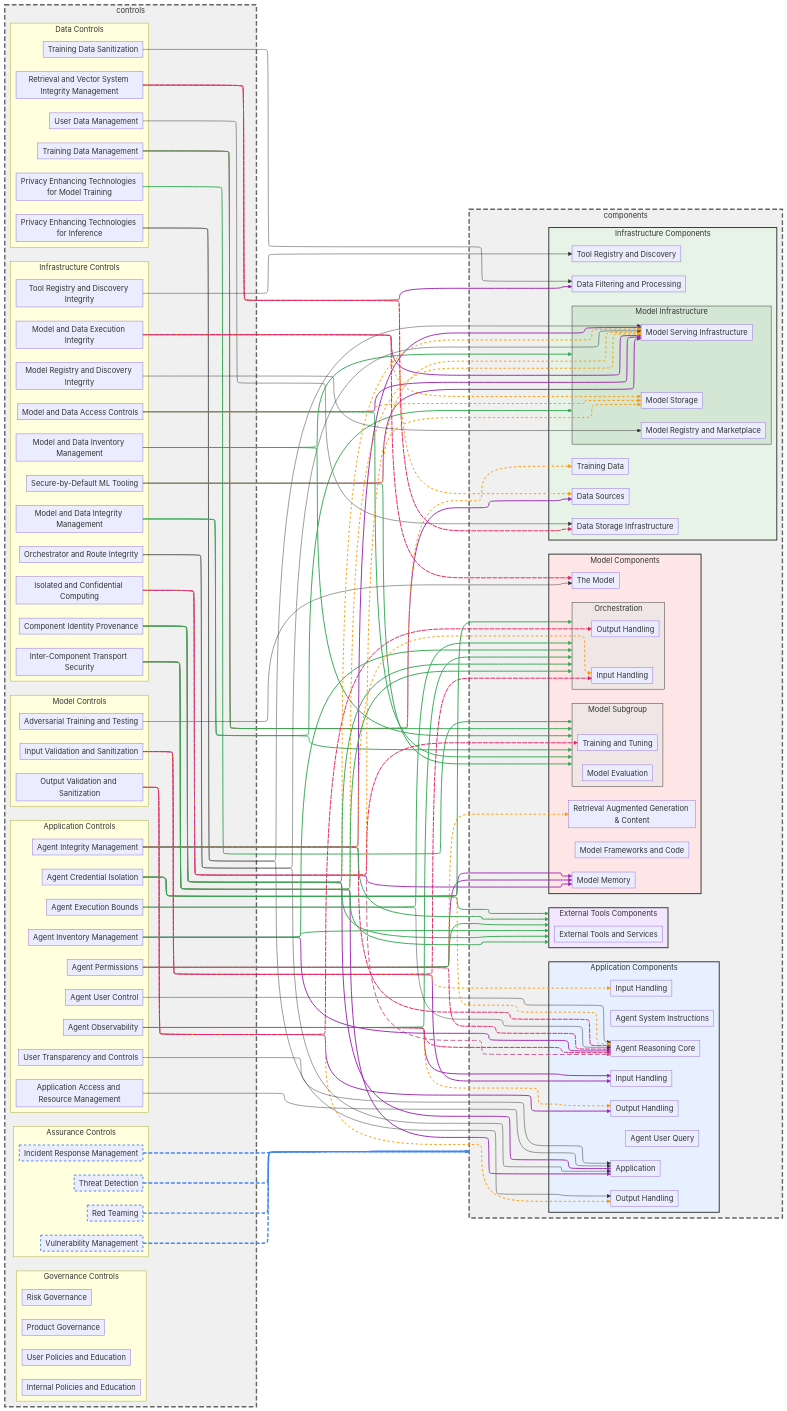
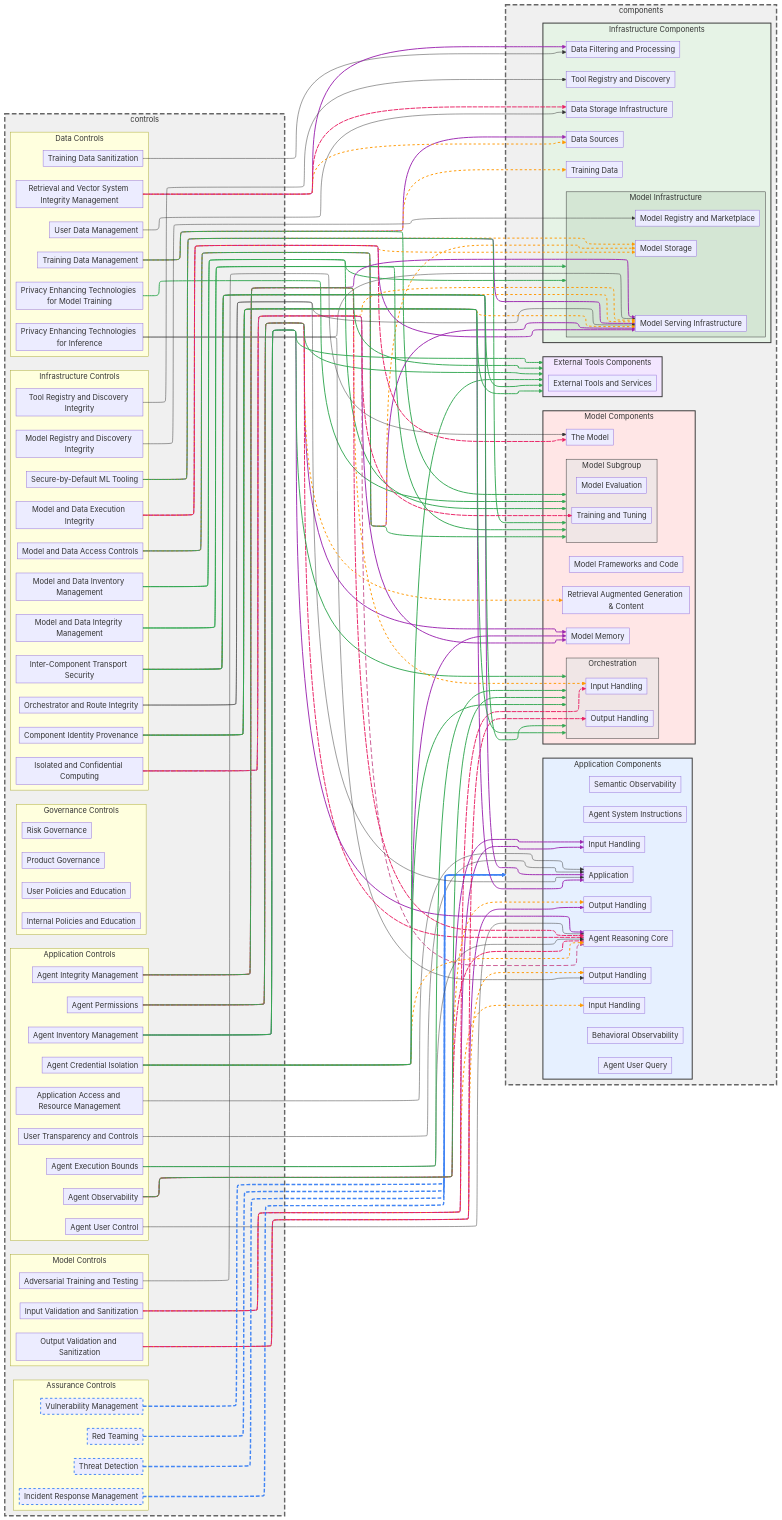
Before and after one commit to cosai-oasis/secure-ai-tooling: the diagram in risk-map/diagrams/controls-graph.mermaid, drawn with Mermaid. The commit also changed 13 other files, not shown here.

```diff
--- a/risk-map/diagrams/controls-graph.mermaid
+++ b/risk-map/diagrams/controls-graph.mermaid
@@ -107,7 +107,9 @@
         componentApplication[Application]
         componentApplicationInputHandling[Input Handling]
         componentApplicationOutputHandling[Output Handling]
+        componentBehavioralObservability[Behavioral Observability]
         componentReasoningCore[Agent Reasoning Core]
+        componentSemanticObservability[Semantic Observability]
     end
 
     subgraph componentsExternalTools ["External Tools Components"]
```
